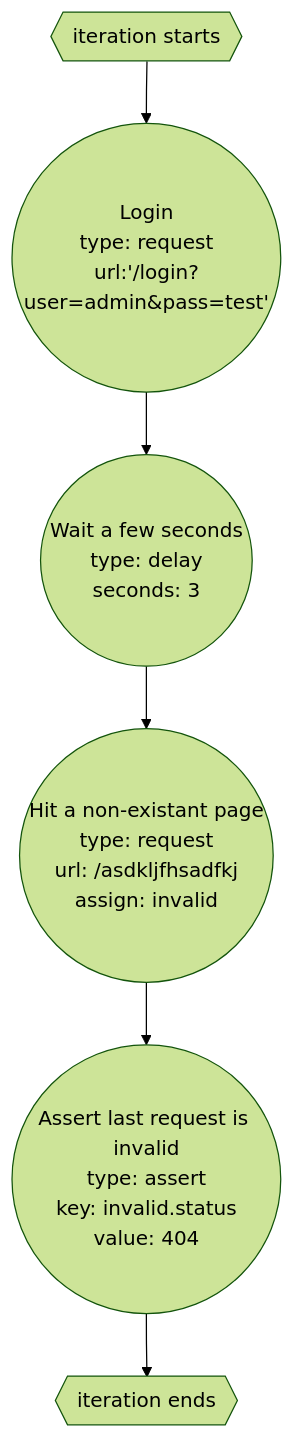
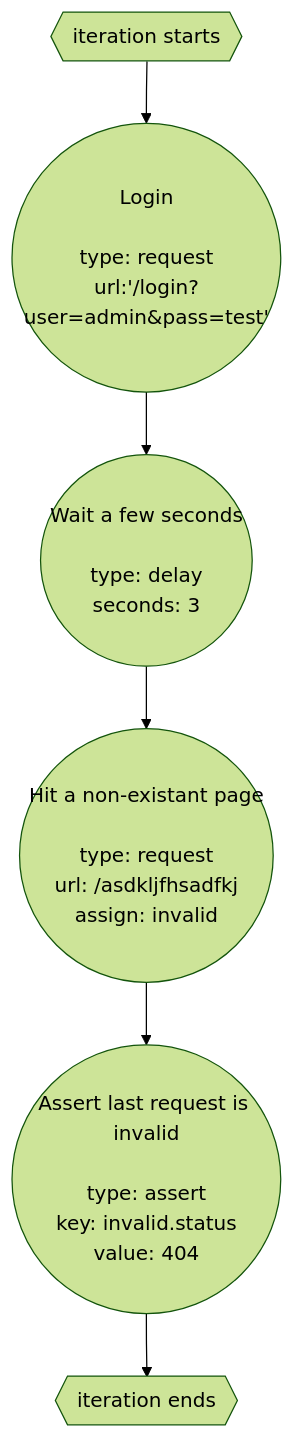
One commit to Descent098/floodr changed the diagram in docs/src/content/docs/benchmark-reference/actions/index.mdx. Above: the diagram before and after it, drawn with Mermaid (forest theme). The commit also changed other lines of this file and 5 other files, not shown here.

````diff
--- a/docs/src/content/docs/benchmark-reference/actions/index.mdx
+++ b/docs/src/content/docs/benchmark-reference/actions/index.mdx
@@ -30,9 +32,9 @@
 ```mermaid
 flowchart TD
-    B(("Login<br/>type: request<br/>url:'/login?user=admin&pass=test'"))
-    C(("Wait a few seconds<br/>type: delay<br/>seconds: 3"))
-    D(("Hit a non-existant page<br/>type: request<br/>url: /asdkljfhsadfkj<br/>assign: invalid"))
-    E(("Assert last request is invalid<br/>type: assert<br/>key: invalid.status<br/>value: 404"))
+    B(("Login<br/><br/>type: request<br/>url:'/login?user=admin&pass=test'"))
+    C(("Wait a few seconds<br/><br/>type: delay<br/>seconds: 3"))
+    D(("Hit a non-existant page<br/><br/>type: request<br/>url: /asdkljfhsadfkj<br/>assign: invalid"))
+    E(("Assert last request is invalid<br/><br/>type: assert<br/>key: invalid.status<br/>value: 404"))
 
     A{{iteration starts}}-->B-->C-->D-->E-->F{{iteration ends}}
 ```
````
